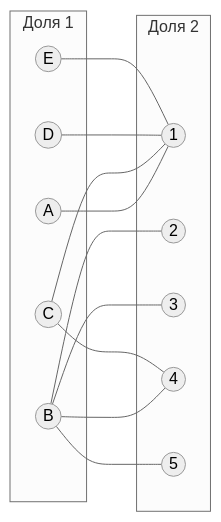
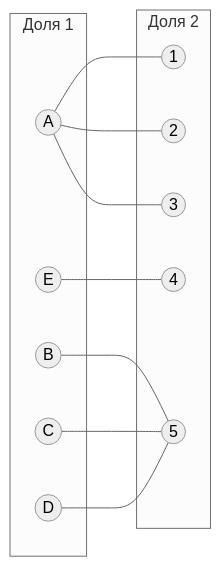
One commit to algos-ris-24-5/manual-tasks changed the first of 13 diagrams in Задание 8/TeamSpirit.md. Above: the diagram before and after it, drawn with Mermaid (neutral theme). The commit also changed other lines of this file, not shown here.

````diff
--- a/Задание 8/TeamSpirit.md
+++ b/Задание 8/TeamSpirit.md
@@ -43,26 +43,24 @@
 ```mermaid
 graph LR
     subgraph "Доля 1"
         A((A))
         B((B))
         C((C))
         D((D))
         E((E))
     end
     subgraph "Доля 2"
         1((1))
         2((2))
         3((3))
         4((4))
         5((5))
     end
     A --- 1
-    B --- 2
-    B --- 3
-    B --- 4
+    A --- 2
+    A --- 3
     B --- 5
-    C --- 1
-    C --- 4
-    D --- 1
-    E --- 1
+    C --- 5
+    D --- 5
+    E --- 4
 ```
````
